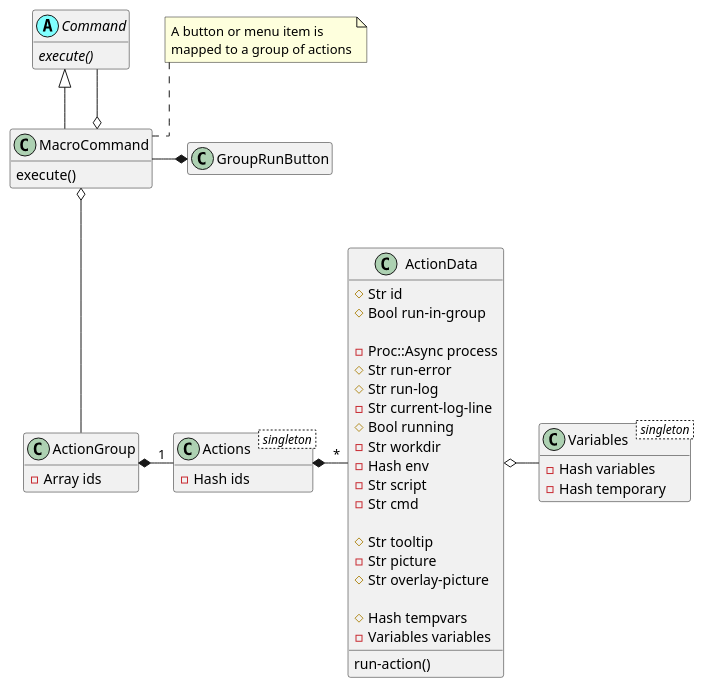
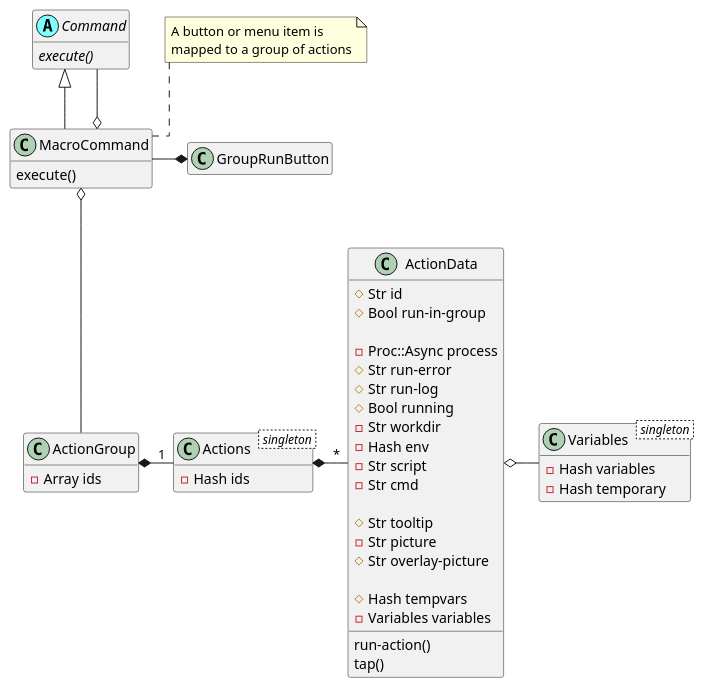
One commit to MARTIMM/SessionManager changed the second of 2 diagrams in doc/dispatcher.md. Above: the diagram before and after it, drawn with PlantUML. The commit also changed other lines of this file, not shown here.

````diff
--- a/doc/dispatcher.md
+++ b/doc/dispatcher.md
@@ -113,72 +114,72 @@
 ```plantuml
 @startuml
 
 'scale 0.8
 
 skinparam packageStyle rectangle
 skinparam stereotypeCBackgroundColor #80ffff
 skinparam linetype ortho
 
 set namespaceSeparator ::
 hide empty members
 
 abstract class Command <<(A,#80ffff)>> {
   {abstract} execute()
 }
 
 class MacroCommand {
   execute()
 }
 
 class Variables < singleton > {
   - Hash variables
   - Hash temporary
 }
 
 class Actions < singleton > {
   - Hash ids
 }
 
 class ActionGroup {
   - Array ids
 }
 
 class ActionData {
   # Str id
   # Bool run-in-group
 
   - Proc::Async process
   # Str run-error
   # Str run-log
-  - Str current-log-line
   # Bool running
   - Str workdir
   - Hash env
   - Str script
   - Str cmd
 
   # Str tooltip
   - Str picture
   # Str overlay-picture
 
   # Hash tempvars
   - Variables variables
 
   run-action()
+  tap()
 }
 
 Actions *- "*" ActionData
 
 
 Command <|-- MacroCommand
 Command  --o MacroCommand
 MacroCommand  o-- ActionGroup
 note "A button or menu item is\nmapped to a group of actions" as N2
 N2 .. MacroCommand
 
 ActionData o- Variables
 MacroCommand -* GroupRunButton
 
 ActionGroup *- "1" Actions
 @enduml
 ```
````
